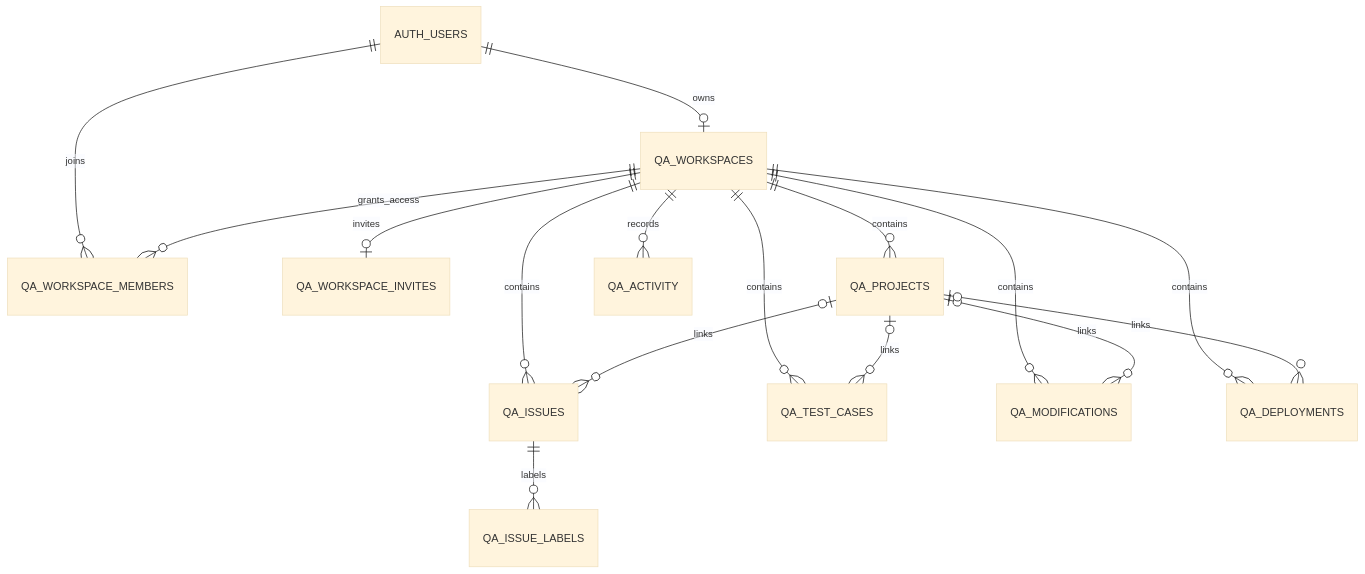
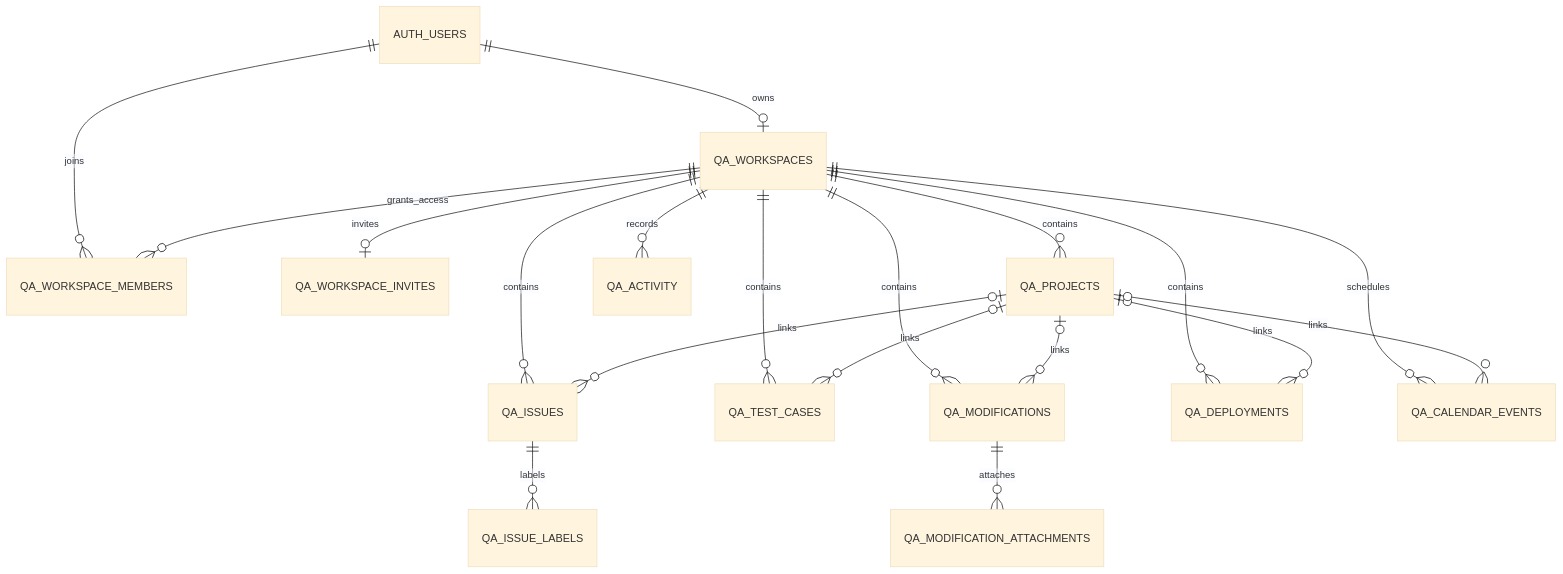
One commit to qavexa-automation/vexa-qa changed the diagram in supabase/README.md. Above: the diagram before and after it, drawn with Mermaid (base theme). The commit also changed other lines of this file and 201 other files, not shown here.

````diff
--- a/supabase/README.md
+++ b/supabase/README.md
@@ -24,18 +42,21 @@
 ```mermaid
 erDiagram
     AUTH_USERS ||--o| QA_WORKSPACES : owns
     AUTH_USERS ||--o{ QA_WORKSPACE_MEMBERS : joins
     QA_WORKSPACES ||--o{ QA_WORKSPACE_MEMBERS : grants_access
     QA_WORKSPACES ||--o| QA_WORKSPACE_INVITES : invites
     QA_WORKSPACES ||--o{ QA_PROJECTS : contains
     QA_WORKSPACES ||--o{ QA_ISSUES : contains
     QA_WORKSPACES ||--o{ QA_TEST_CASES : contains
     QA_WORKSPACES ||--o{ QA_MODIFICATIONS : contains
     QA_WORKSPACES ||--o{ QA_DEPLOYMENTS : contains
     QA_WORKSPACES ||--o{ QA_ACTIVITY : records
+    QA_WORKSPACES ||--o{ QA_CALENDAR_EVENTS : schedules
+    QA_MODIFICATIONS ||--o{ QA_MODIFICATION_ATTACHMENTS : attaches
     QA_PROJECTS o|--o{ QA_ISSUES : links
     QA_PROJECTS o|--o{ QA_TEST_CASES : links
     QA_PROJECTS o|--o{ QA_MODIFICATIONS : links
     QA_PROJECTS o|--o{ QA_DEPLOYMENTS : links
+    QA_PROJECTS o|--o{ QA_CALENDAR_EVENTS : links
     QA_ISSUES ||--o{ QA_ISSUE_LABELS : labels
 ```
````
